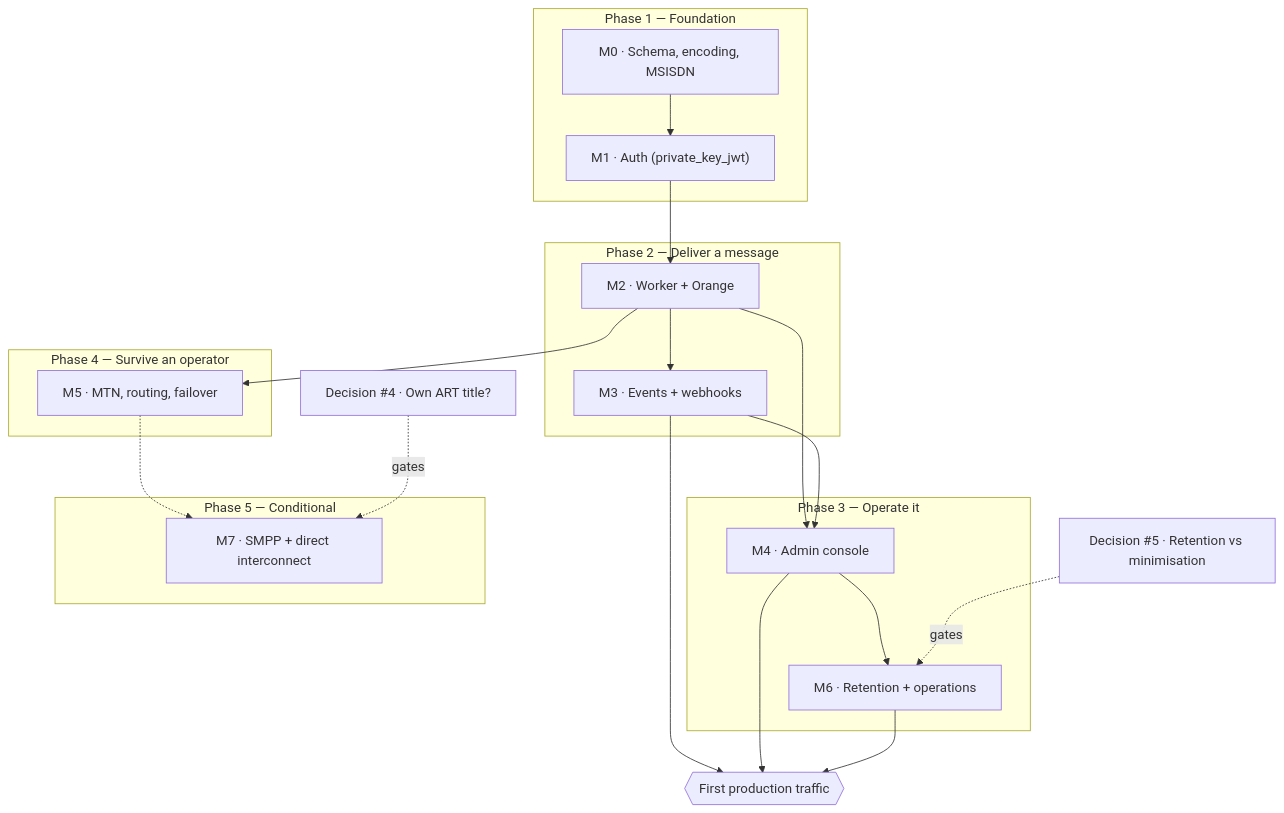
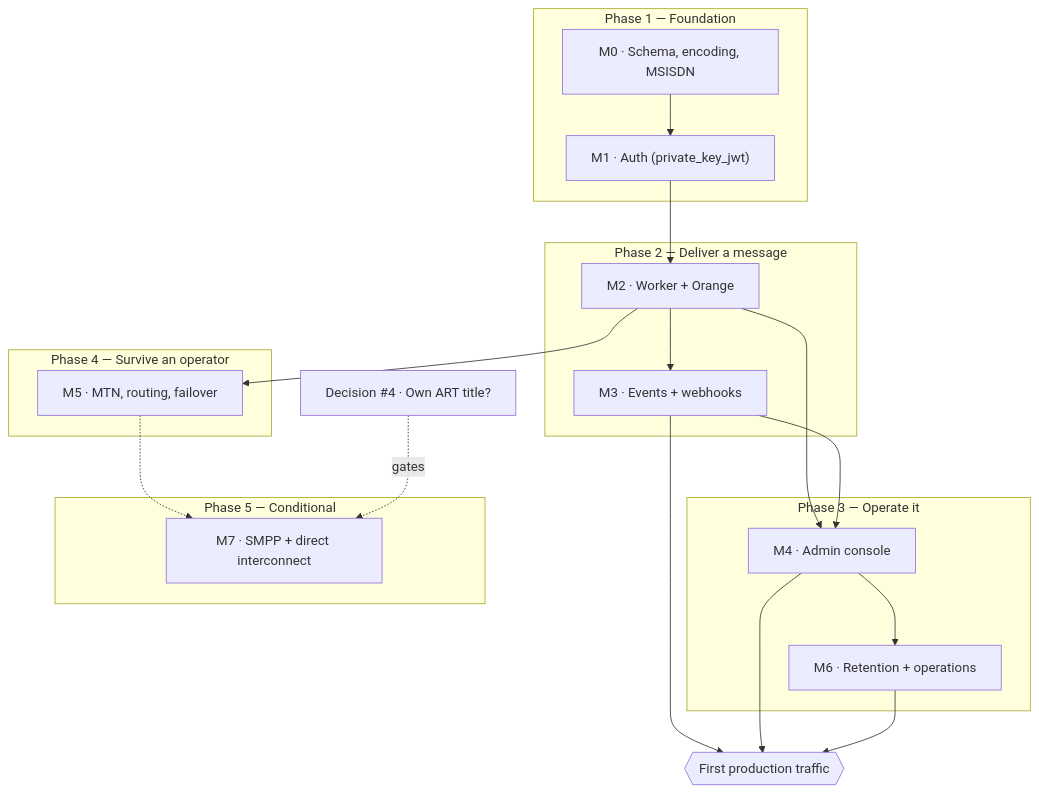
The diagram in docs/roadmap.md (vaam-apps/vsms), drawn with Mermaid before and after one commit. The commit also changed other lines of this file and 27 other files, not shown here.

First line of the commit message:
Add purge_retention (#67): 90-day purge, decision #5 resolved

````diff
--- a/docs/roadmap.md
+++ b/docs/roadmap.md
@@ -18,43 +18,41 @@
 ```mermaid
 flowchart TB
     subgraph P1["Phase 1 — Foundation"]
         M0["M0 · Schema, encoding, MSISDN"]
         M1["M1 · Auth (private_key_jwt)"]
     end
 
     subgraph P2["Phase 2 — Deliver a message"]
         M2["M2 · Worker + Orange"]
         M3["M3 · Events + webhooks"]
     end
 
     subgraph P3["Phase 3 — Operate it"]
         M4["M4 · Admin console"]
         M6["M6 · Retention + operations"]
     end
 
     subgraph P4["Phase 4 — Survive an operator"]
         M5["M5 · MTN, routing, failover"]
     end
 
     subgraph P5["Phase 5 — Conditional"]
         M7["M7 · SMPP + direct interconnect"]
     end
 
     M0 --> M1 --> M2 --> M3
     M2 --> M4
     M3 --> M4
     M2 --> M5
     M4 --> M6
     M5 -.-> M7
 
     D4["Decision #4 · Own ART title?"]
-    D5["Decision #5 · Retention vs minimisation"]
 
     D4 -.gates.-> M7
-    D5 -.gates.-> M6
 
     PROD{{"First production traffic"}}
     M3 --> PROD
     M4 --> PROD
     M6 --> PROD
 ```
````
